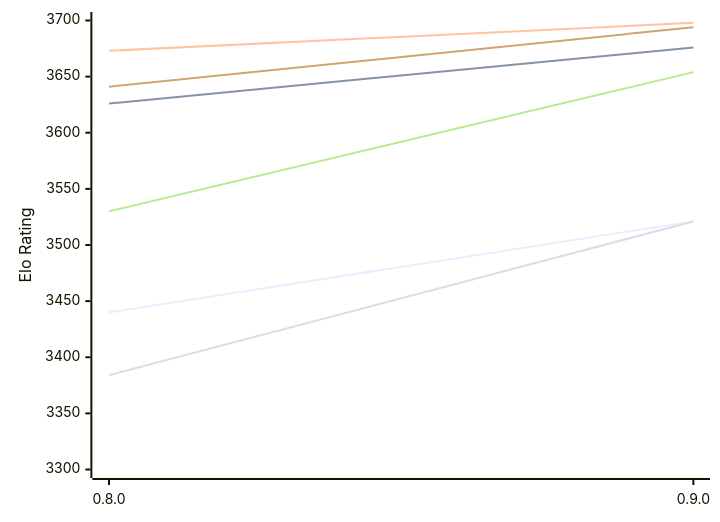
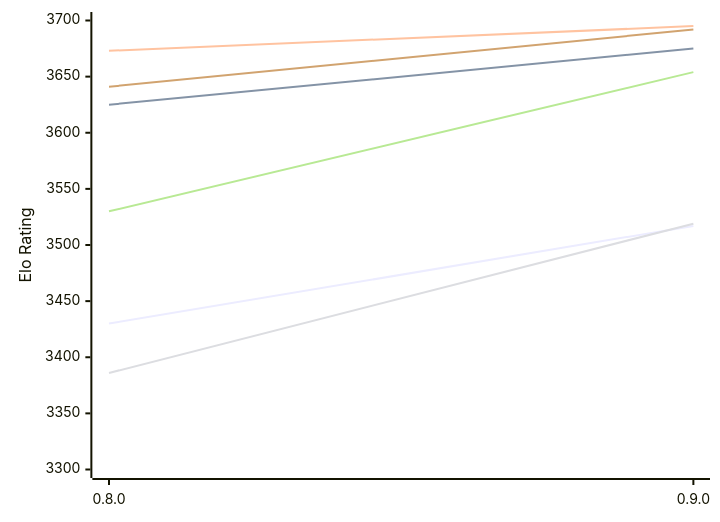
The first of 2 diagrams in engines/Reckless.md (computer-chess-index/cci), drawn with Mermaid before and after one commit. The commit also changed other lines of this file, not shown here.

Commit message:
Update CCI Ratings (ELO VLTC) - 2026-11-27

````diff
--- a/engines/Reckless.md
+++ b/engines/Reckless.md
@@ -50,12 +50,12 @@
 ```mermaid
 %%{init: {"theme":"base","themeVariables":{"seriesColors:['#a3a3a3','#222221','#faa371']}}}%%
 xychart-beta
   x-axis ["0.8.0", "0.9.0"]
   y-axis "Elo Rating" 3300 --> 3700
-  line "E1: STC (8.0+0.08s)" [3440, 3521]
-  line "E1: LTC (60.0+0.60s)" [3626, 3676]
-  line "E1: VLTC (2m24s+1.12s)" [3673, 3698]
-  line "P1: STC (8.0+0.08s)" [3384, 3521]
+  line "E1: STC (8.0+0.08s)" [3430, 3517]
+  line "E1: LTC (60.0+0.60s)" [3625, 3675]
+  line "E1: VLTC (2m24s+1.12s)" [3673, 3695]
+  line "P1: STC (8.0+0.08s)" [3386, 3519]
   line "P1: LTC (60.0+0.60s)" [3530, 3654]
-  line "P1: VLTC (2m24s+1.12s)" [3641, 3694]
+  line "P1: VLTC (2m24s+1.12s)" [3641, 3692]
 ```
````
